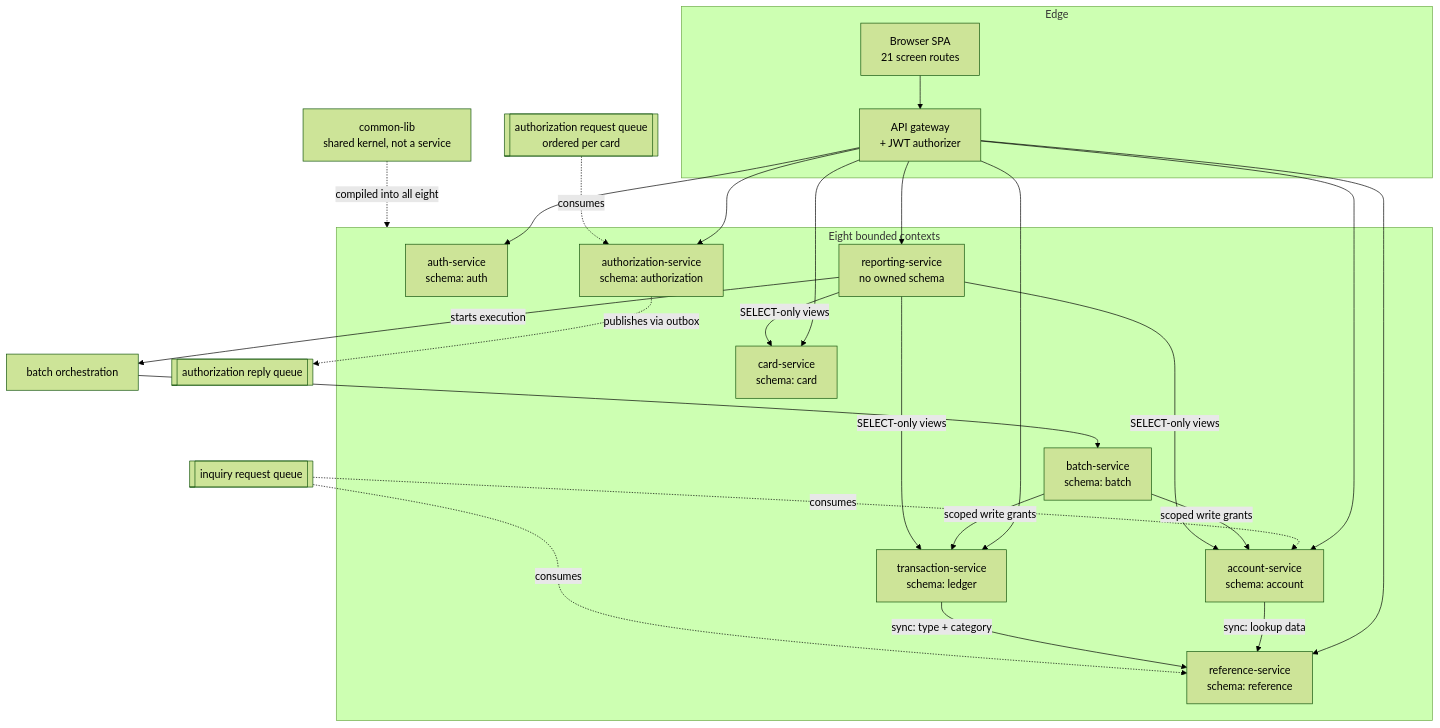
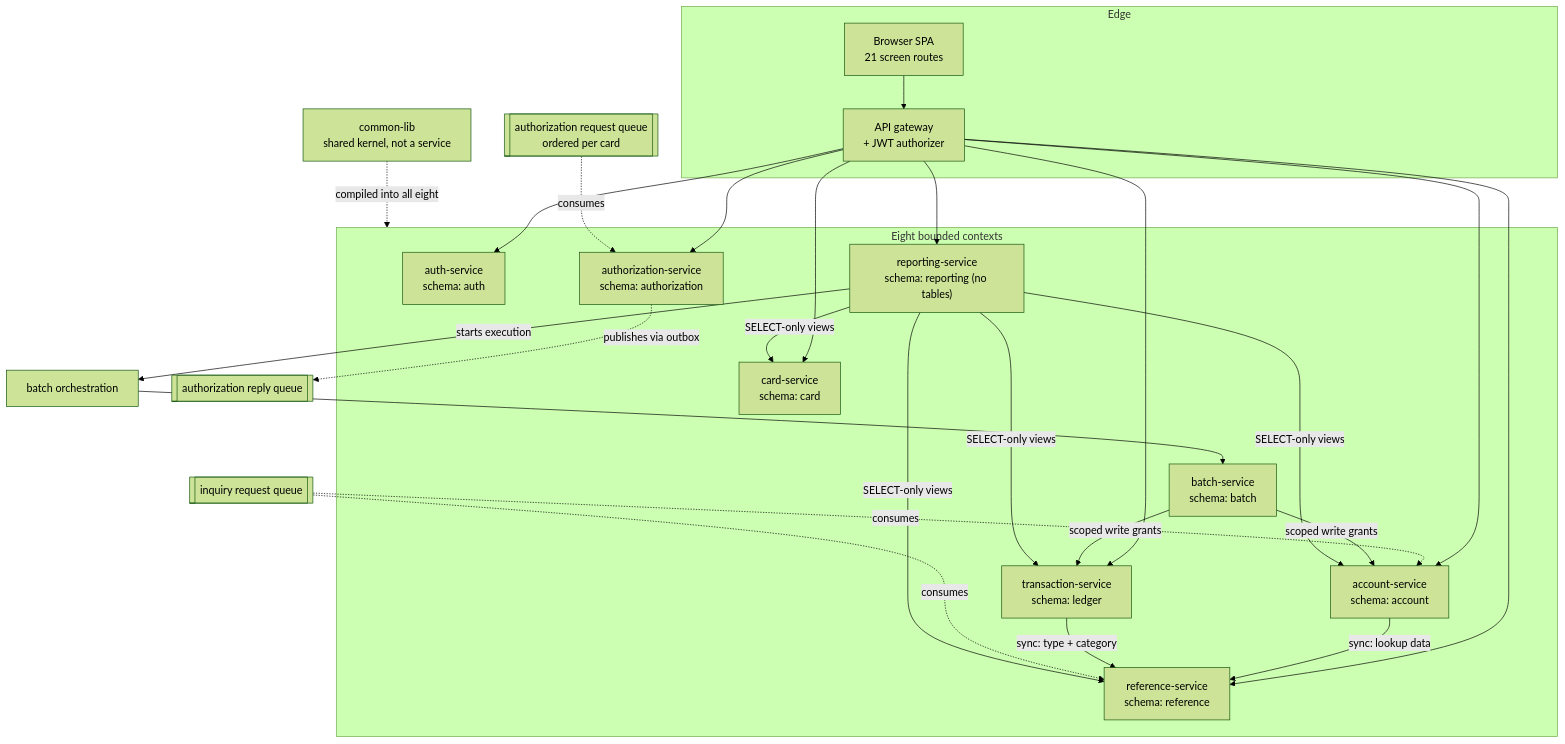
The diagram in docs/architecture/service-catalog.md (Blitzy-LocalStack/aws-mainframe-modernization-carddemo), drawn with Mermaid (forest theme) before and after one commit. The commit also changed other lines of this file and 109 other files, not shown here.

````diff
--- a/docs/architecture/service-catalog.md
+++ b/docs/architecture/service-catalog.md
@@ -825,51 +921,54 @@
 ```mermaid
 graph TB
     subgraph edge["Edge"]
         SPA["Browser SPA<br/>21 screen routes"]
         GW["API gateway<br/>+ JWT authorizer"]
         SPA --> GW
     end
 
     subgraph contexts["Eight bounded contexts"]
         AUTH["auth-service<br/>schema: auth"]
         ACCT["account-service<br/>schema: account"]
         CARD["card-service<br/>schema: card"]
         TRAN["transaction-service<br/>schema: ledger"]
         REF["reference-service<br/>schema: reference"]
         BATCH["batch-service<br/>schema: batch"]
         AUTZ["authorization-service<br/>schema: authorization"]
-        REPT["reporting-service<br/>no owned schema"]
+        REPT["reporting-service<br/>schema: reporting (no tables)"]
     end
 
     LIB["common-lib<br/>shared kernel, not a service"]
 
     GW --> AUTH
     GW --> ACCT
     GW --> CARD
     GW --> TRAN
     GW --> REF
     GW --> AUTZ
     GW --> REPT
 
     ACCT -->|"sync: lookup data"| REF
     TRAN -->|"sync: type + category"| REF
 
     RQ[["authorization request queue<br/>ordered per card"]] -.->|consumes| AUTZ
     AUTZ -.->|"publishes via outbox"| RP[["authorization reply queue"]]
     IQ[["inquiry request queue"]] -.->|consumes| ACCT
     IQ -.->|consumes| REF
 
     ORCH["batch orchestration"] --> BATCH
     BATCH -->|"scoped write grants"| TRAN
     BATCH -->|"scoped write grants"| ACCT
     REPT -->|"SELECT-only views"| TRAN
     REPT -->|"SELECT-only views"| ACCT
     REPT -->|"SELECT-only views"| CARD
+    REPT -->|"SELECT-only views"| REF
     REPT -->|"starts execution"| ORCH
 
     LIB -.->|"compiled into all eight"| contexts
 %% Solid edges are synchronous or transactional; dashed edges are asynchronous or
 %% build-time. The two BATCH edges are the single documented exception to
 %% database-per-service ownership, and they are write grants on two named schemas
-%% rather than service-to-service calls.
+%% rather than service-to-service calls. The four REPT edges are the four SELECT-only
+%% grants in data-migration/sql/V0__schemas_and_roles.sql section 5 -- ledger,
+%% account, card and reference -- and no other schema is reachable from REPT.
 ```
````
